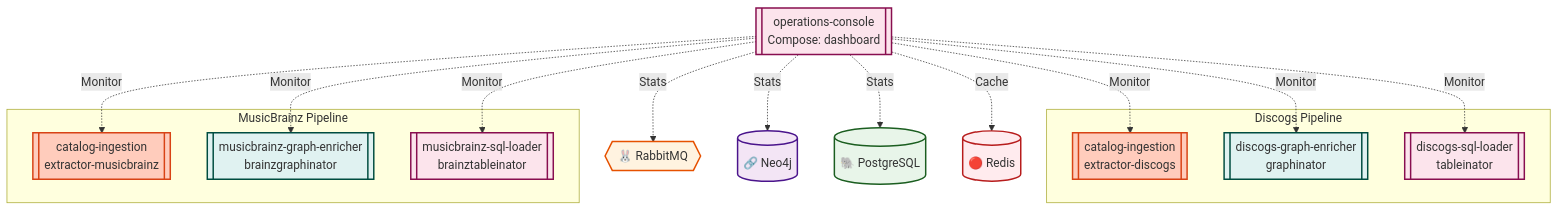
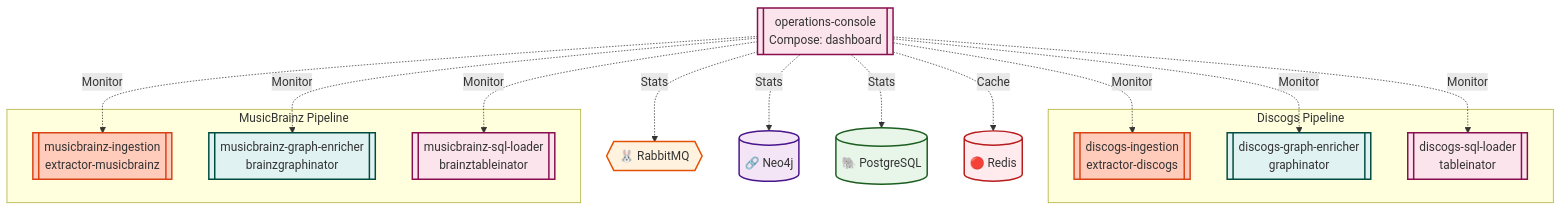
One commit to groovemap-music/deployment changed the third of 7 diagrams in docs/architecture.md. Above: the diagram before and after it, drawn with Mermaid. The commit also changed other lines of this file and 1 other file, not shown here.

First line of the commit message:
docs(architecture): name the split producers instead of the retired combined repo

````diff
--- a/docs/architecture.md
+++ b/docs/architecture.md
@@ -145,44 +146,44 @@
 ```mermaid
 graph TD
     DASH[["operations-console<br/>Compose: dashboard"]]
 
     subgraph Discogs ["Discogs Pipeline"]
-        EXT_D[["catalog-ingestion<br/>extractor-discogs"]]
+        EXT_D[["discogs-ingestion<br/>extractor-discogs"]]
         GRAPH[["discogs-graph-enricher<br/>graphinator"]]
         TABLE[["discogs-sql-loader<br/>tableinator"]]
     end
 
     subgraph MB ["MusicBrainz Pipeline"]
-        EXT_MB[["catalog-ingestion<br/>extractor-musicbrainz"]]
+        EXT_MB[["musicbrainz-ingestion<br/>extractor-musicbrainz"]]
         BGRAPH[["musicbrainz-graph-enricher<br/>brainzgraphinator"]]
         BTABLE[["musicbrainz-sql-loader<br/>brainztableinator"]]
     end
 
     RMQ{{"🐰 RabbitMQ"}}
     NEO4J[("🔗 Neo4j")]
     PG[("🐘 PostgreSQL")]
     REDIS[("🔴 Redis")]
 
     DASH -.->|Monitor| EXT_D
     DASH -.->|Monitor| GRAPH
     DASH -.->|Monitor| TABLE
     DASH -.->|Monitor| EXT_MB
     DASH -.->|Monitor| BGRAPH
     DASH -.->|Monitor| BTABLE
     DASH -.->|Stats| RMQ
     DASH -.->|Stats| NEO4J
     DASH -.->|Stats| PG
     DASH -.->|Cache| REDIS
 
     style DASH fill:#fce4ec,stroke:#880e4f,stroke-width:2px
     style EXT_D fill:#ffccbc,stroke:#d84315,stroke-width:2px
     style EXT_MB fill:#ffccbc,stroke:#d84315,stroke-width:2px
     style GRAPH fill:#e0f2f1,stroke:#004d40,stroke-width:2px
     style TABLE fill:#fce4ec,stroke:#880e4f,stroke-width:2px
     style BGRAPH fill:#e0f2f1,stroke:#004d40,stroke-width:2px
     style BTABLE fill:#fce4ec,stroke:#880e4f,stroke-width:2px
     style RMQ fill:#fff3e0,stroke:#e65100,stroke-width:2px
     style NEO4J fill:#f3e5f5,stroke:#4a148c,stroke-width:2px
     style PG fill:#e8f5e9,stroke:#1b5e20,stroke-width:2px
     style REDIS fill:#ffebee,stroke:#b71c1c,stroke-width:2px
 ```
````
